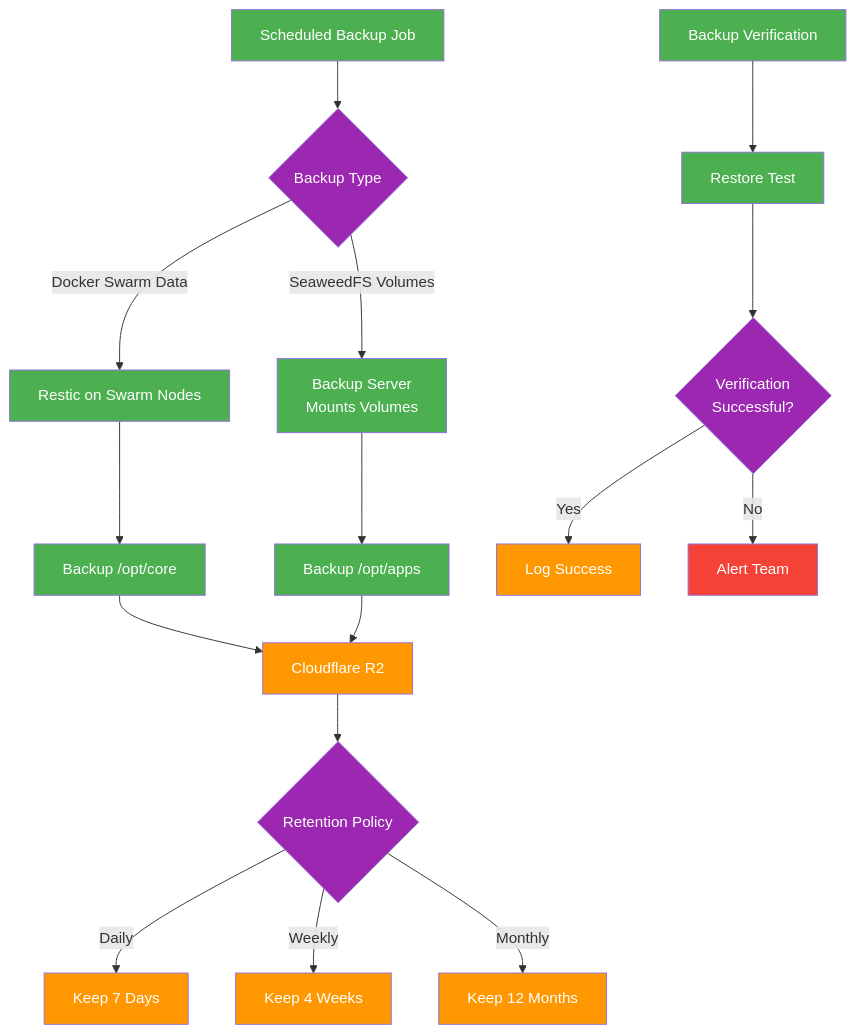
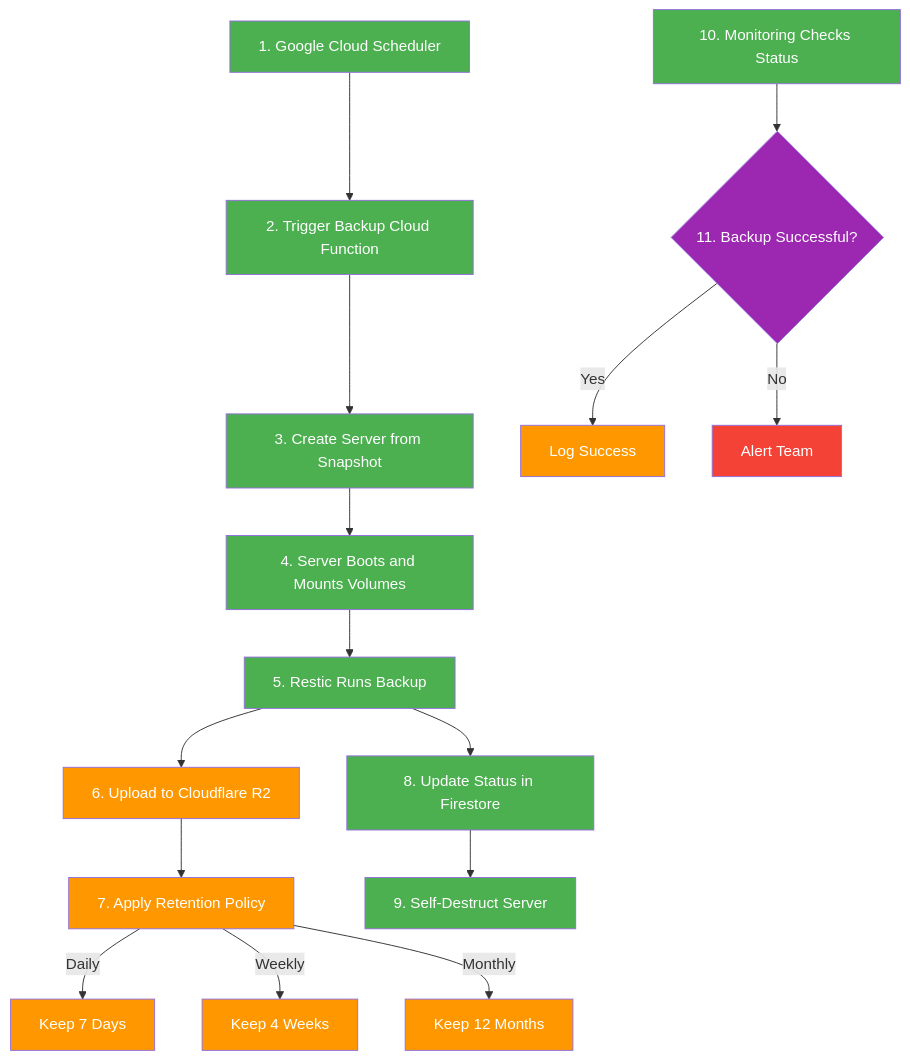
The fourth of 5 diagrams in documentation/architecture.md (deepbrainspace/deepbrain-stack), drawn with Mermaid before and after one commit. The commit also changed other lines of this file, not shown here.

````diff
--- a/documentation/architecture.md
+++ b/documentation/architecture.md
@@ -536,32 +531,32 @@
 ```mermaid
 flowchart TD
-    A[Scheduled Backup Job] --> B{Backup Type}
-    B -->|Docker Swarm Data| C[Restic on Swarm Nodes]
-    B -->|SeaweedFS Volumes| D[Backup Server\nMounts Volumes]
+    %% Numbered steps for clarity
+    A[1. Google Cloud Scheduler] --> B[2. Trigger Backup Cloud Function]
+    B --> C[3. Create Server from Snapshot]
+    C --> D[4. Server Boots and Mounts Volumes]
     
-    C --> E[Backup /opt/core]
-    D --> F[Backup /opt/apps]
+    D --> E[5. Restic Runs Backup]
+    E --> F[6. Upload to Cloudflare R2]
     
-    E --> G[Cloudflare R2]
-    F --> G
+    F --> G[7. Apply Retention Policy]
+    G -->|Daily| H[Keep 7 Days]
+    G -->|Weekly| I[Keep 4 Weeks]
+    G -->|Monthly| J[Keep 12 Months]
     
-    G --> H{Retention Policy}
-    H -->|Daily| I[Keep 7 Days]
-    H -->|Weekly| J[Keep 4 Weeks]
-    H -->|Monthly| K[Keep 12 Months]
+    E --> K[8. Update Status in Firestore]
+    K --> L[9. Self-Destruct Server]
     
-    L[Backup Verification] --> M[Restore Test]
-    M --> N{Verification\nSuccessful?}
+    M[10. Monitoring Checks Status] --> N{11. Backup Successful?}
     N -->|Yes| O[Log Success]
     N -->|No| P[Alert Team]
     
     classDef process fill:#4CAF50,color:white;
     classDef storage fill:#FF9800,color:white;
     classDef decision fill:#9C27B0,color:white;
     classDef alert fill:#F44336,color:white;
     
-    class A,C,D,E,F,L,M process;
-    class G,I,J,K,O storage;
-    class B,H,N decision;
+    class A,B,C,D,E,K,L,M process;
+    class F,G,H,I,J,O storage;
+    class N decision;
     class P alert;
 ```
````
